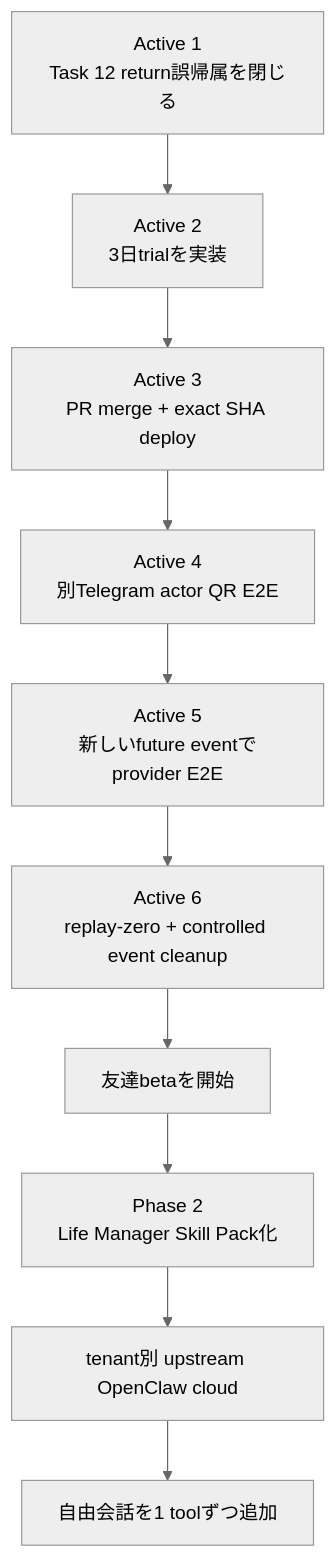
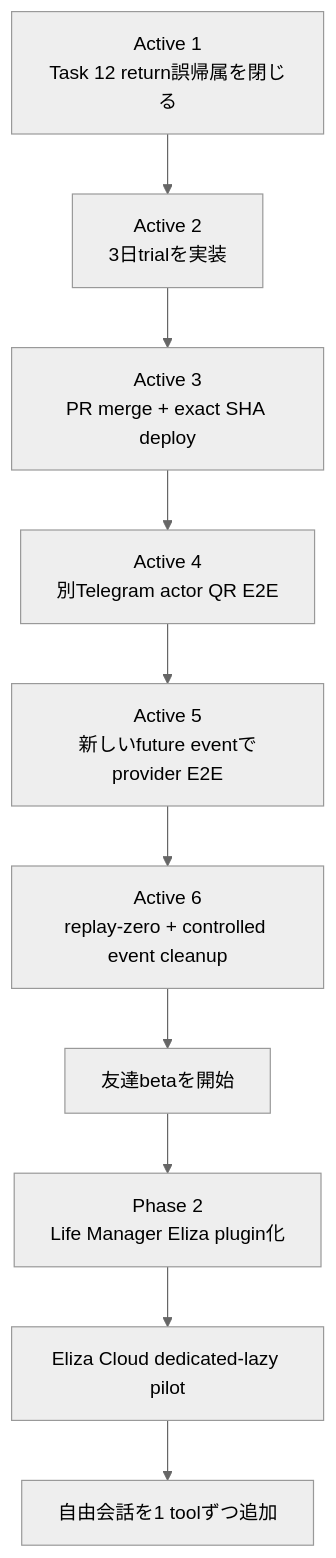
Before and after one commit to Daisuke134/anicca: the ninth of 11 diagrams in docs/superpowers/specs/2026-08-28-life-manager-cloud-telegram-product-ux-design.md, drawn with Mermaid (neutral theme). The commit also changed other lines of this file and 1 other file, not shown here.

Commit message:
docs(life-manager): select ElizaOS after code audit

````diff
--- a/docs/superpowers/specs/2026-08-28-life-manager-cloud-telegram-product-ux-design.md
+++ b/docs/superpowers/specs/2026-08-28-life-manager-cloud-telegram-product-ux-design.md
@@ -362,12 +379,12 @@
 ```mermaid
 flowchart TD
   A[Active 1\nTask 12 return誤帰属を閉じる] --> B[Active 2\n3日trialを実装]
   B --> C[Active 3\nPR merge + exact SHA deploy]
   C --> D[Active 4\n別Telegram actor QR E2E]
   D --> E[Active 5\n新しいfuture eventでprovider E2E]
   E --> F[Active 6\nreplay-zero + controlled event cleanup]
   F --> LAUNCH[友達betaを開始]
-  LAUNCH --> PACKAGE[Phase 2\nLife Manager Skill Pack化]
-  PACKAGE --> CLOUD[tenant別 upstream OpenClaw cloud]
+  LAUNCH --> PACKAGE[Phase 2\nLife Manager Eliza plugin化]
+  PACKAGE --> CLOUD[Eliza Cloud dedicated-lazy pilot]
   CLOUD --> CHAT[自由会話を1 toolずつ追加]
 ```
````
